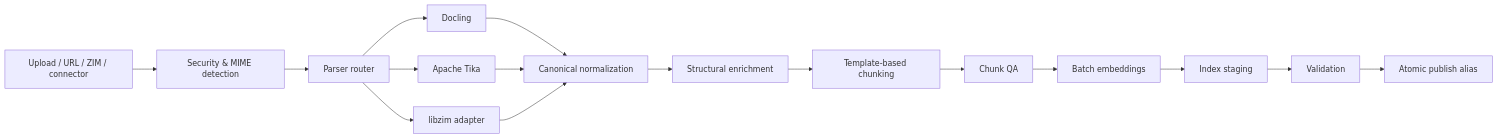
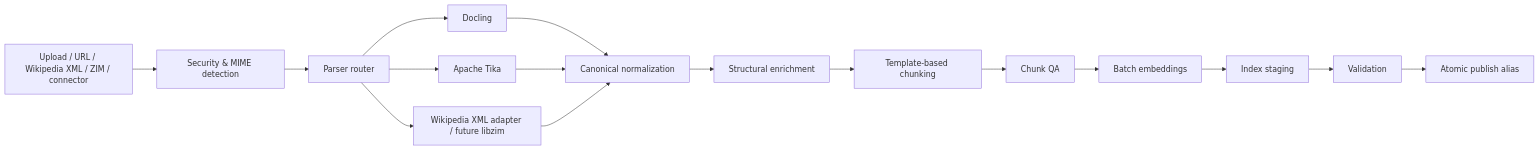
The second of 3 diagrams in docs/architecture.md (StickyClown/Wikipedia-RAG), drawn with Mermaid before and after one commit. The commit also changed other lines of this file and 71 other files, not shown here.

````diff
--- a/docs/architecture.md
+++ b/docs/architecture.md
@@ -573,26 +574,26 @@
 ```mermaid
 flowchart LR
-    U[Upload / URL / ZIM / connector]
+    U[Upload / URL / Wikipedia XML / ZIM / connector]
     S[Security & MIME detection]
     R[Parser router]
     D[Docling]
     T[Apache Tika]
-    Z[libzim adapter]
+    Z[Wikipedia XML adapter / future libzim]
     N[Canonical normalization]
     E[Structural enrichment]
     C[Template-based chunking]
     Q[Chunk QA]
     B[Batch embeddings]
     I[Index staging]
     V[Validation]
     P[Atomic publish alias]
 
     U --> S --> R
     R --> D
     R --> T
     R --> Z
     D --> N
     T --> N
     Z --> N
     N --> E --> C --> Q --> B --> I --> V --> P
 ```
````
